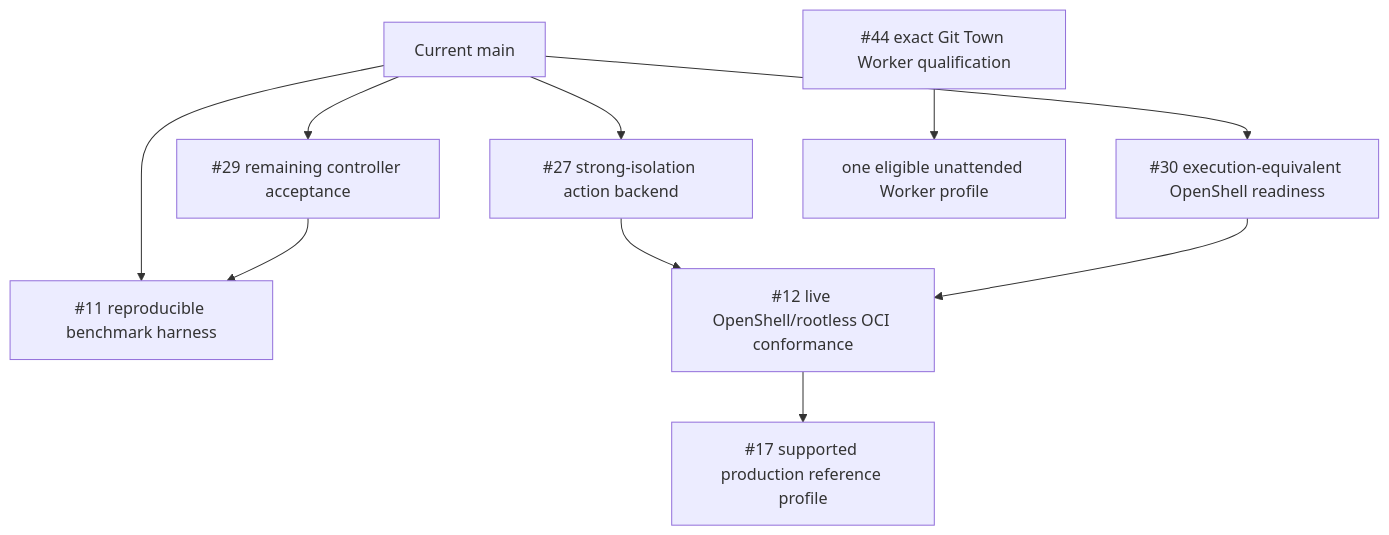
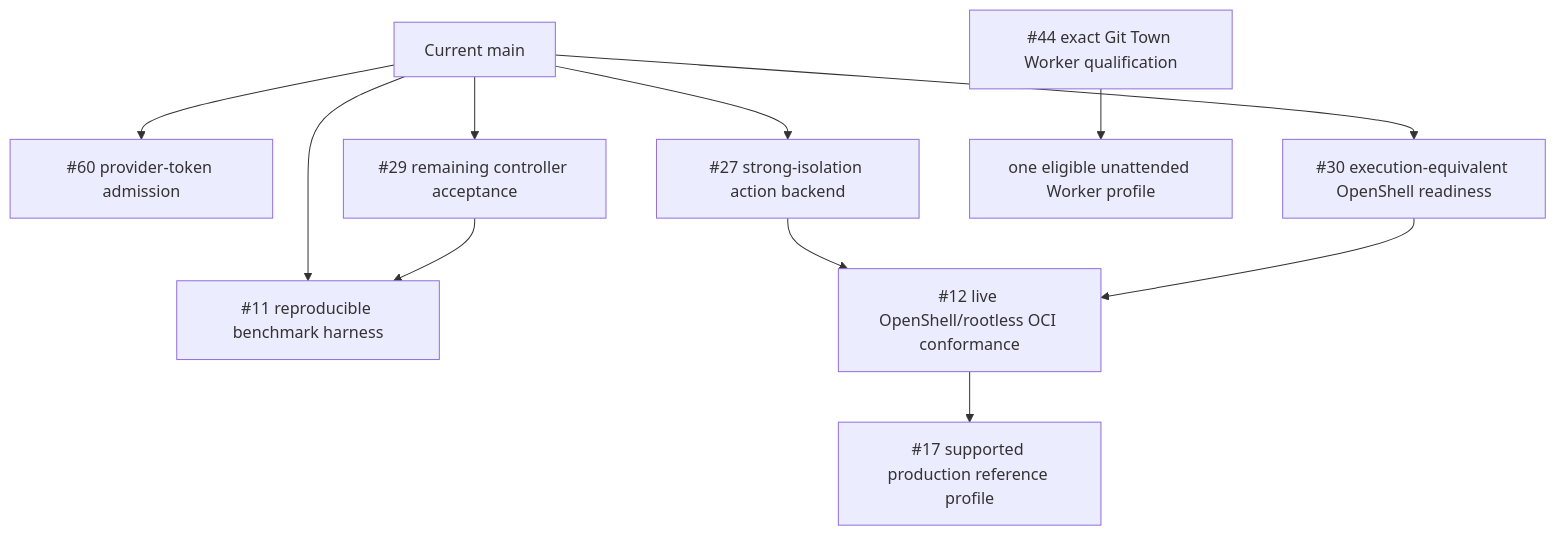
Before and after one commit to ed3c/XT-Aegis: the second of 2 diagrams in docs/IMPLEMENTATION_STACKS.md, drawn with Mermaid. The commit also changed other lines of this file and 10 other files, not shown here.

First line of the commit message:
feat: admit provider calls against the remaining token budget (#60)

````diff
--- a/docs/IMPLEMENTATION_STACKS.md
+++ b/docs/IMPLEMENTATION_STACKS.md
@@ -48,12 +48,13 @@
 ```mermaid
 flowchart TD
-    MAIN[Current main] --> CTRL[#29 remaining controller acceptance]
+    MAIN[Current main] --> ADMIT[#60 provider-token admission]
+    MAIN --> CTRL[#29 remaining controller acceptance]
     MAIN --> ISO[#27 strong-isolation action backend]
     MAIN --> READY[#30 execution-equivalent OpenShell readiness]
     MAIN --> BENCH[#11 reproducible benchmark harness]
     ISO --> CONF[#12 live OpenShell/rootless OCI conformance]
     READY --> CONF
     CTRL --> BENCH
     CONF --> PROD[#17 supported production reference profile]
     GT[#44 exact Git Town Worker qualification] --> GTDONE[one eligible unattended Worker profile]
 ```
````
